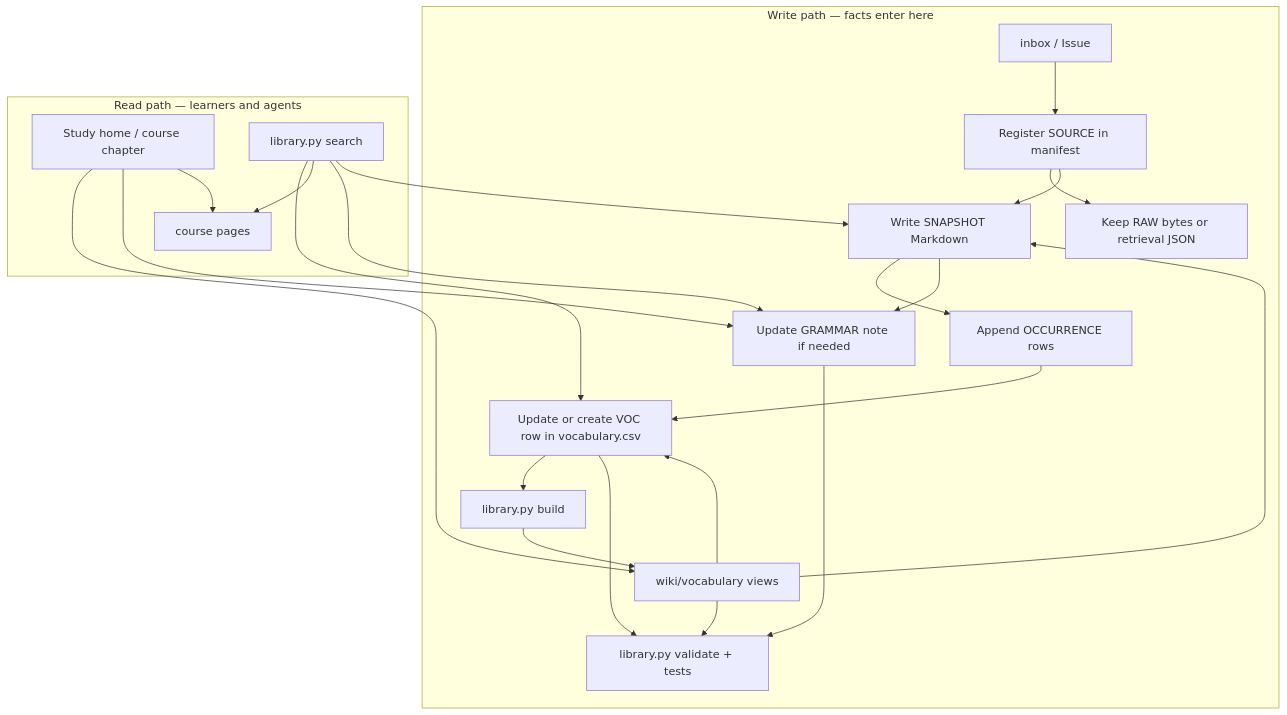
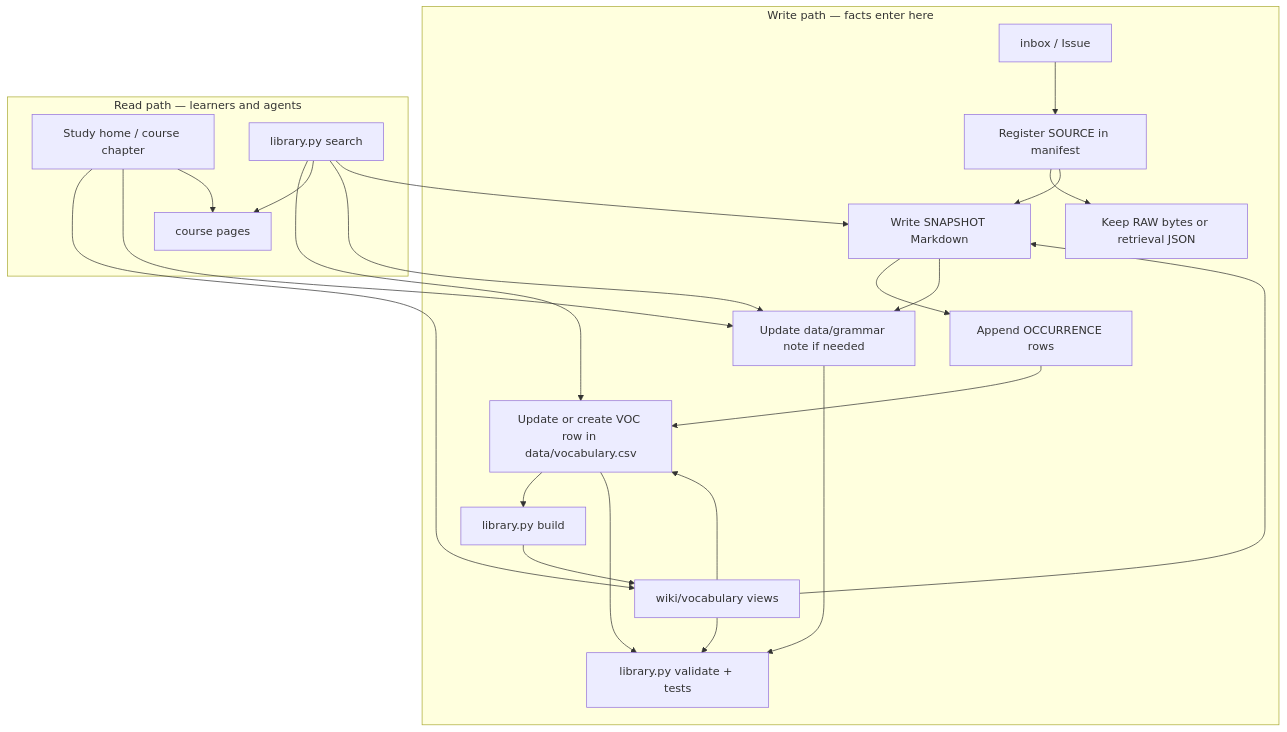
One commit to brickwalllegend2000/dutch-study changed the fourth of 8 diagrams in docs/OVERVIEW.md. Above: the diagram before and after it, drawn with Mermaid. The commit also changed other lines of this file and 11 other files, not shown here.

````diff
--- a/docs/OVERVIEW.md
+++ b/docs/OVERVIEW.md
@@ -108,27 +125,27 @@
 ```mermaid
 flowchart TB
   subgraph write["Write path — facts enter here"]
     IN["inbox / Issue"] --> SRC["Register SOURCE in manifest"]
     SRC --> RAW["Keep RAW bytes or retrieval JSON"]
     SRC --> SNAP["Write SNAPSHOT Markdown"]
     SNAP --> OCC["Append OCCURRENCE rows"]
-    OCC --> CSV["Update or create VOC row in vocabulary.csv"]
-    SNAP --> GRAM["Update GRAMMAR note if needed"]
+    OCC --> CSV["Update or create VOC row in data/vocabulary.csv"]
+    SNAP --> GRAM["Update data/grammar note if needed"]
     CSV --> BUILD["library.py build"]
     BUILD --> GEN["wiki/vocabulary views"]
     CSV --> VAL["library.py validate + tests"]
     GRAM --> VAL
     GEN --> VAL
   end
   subgraph read["Read path — learners and agents"]
     HOME["Study home / course chapter"] --> GEN
     HOME --> GRAM
     HOME --> COURSE["course pages"]
     GEN --> CSV
     GEN --> SNAP
     SEARCH["library.py search"] --> CSV
     SEARCH --> COURSE
     SEARCH --> GRAM
     SEARCH --> SNAP
   end
 ```
````
